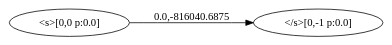
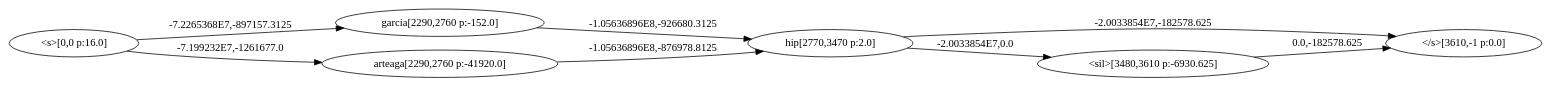
Before and after one commit to fabTimmy/Speech-To-Text-Recognition-System: the diagram in Speech-To-Text-Recognition-System-master/Speech-To-Text-Recognition-System-master/lattice.dot, drawn with Graphviz. The commit also changed 19 other files, not shown here.

```diff
--- a/Speech-To-Text-Recognition-System-master/Speech-To-Text-Recognition-System-master/lattice.dot
+++ b/Speech-To-Text-Recognition-System-master/Speech-To-Text-Recognition-System-master/lattice.dot
@@ -1,6 +1,16 @@
 digraph "lattice" {
 rankdir = LR
-	node7270938 [ label="<s>[0,0 p:0.0]" ]
-	node9347947 [ label="</s>[0,-1 p:0.0]" ]
-	node7270938 -> node9347947 [ label="0.0,-816040.6875" ]
+	node25927915 [ label="<s>[0,0 p:16.0]" ]
+	node32298123 [ label="garcia[2290,2760 p:-152.0]" ]
+	node12468252 [ label="</s>[3610,-1 p:0.0]" ]
+	node27048328 [ label="hip[2770,3470 p:2.0]" ]
+	node13903483 [ label="arteaga[2290,2760 p:-41920.0]" ]
+	node23981910 [ label="<sil>[3480,3610 p:-6930.625]" ]
+	node25927915 -> node13903483 [ label="-7.199232E7,-1261677.0" ]
+	node13903483 -> node27048328 [ label="-1.05636896E8,-876978.8125" ]
+	node27048328 -> node12468252 [ label="-2.0033854E7,-182578.625" ]
+	node23981910 -> node12468252 [ label="0.0,-182578.625" ]
+	node27048328 -> node23981910 [ label="-2.0033854E7,0.0" ]
+	node25927915 -> node32298123 [ label="-7.2265368E7,-897157.3125" ]
+	node32298123 -> node27048328 [ label="-1.05636896E8,-926680.3125" ]
 }
```
